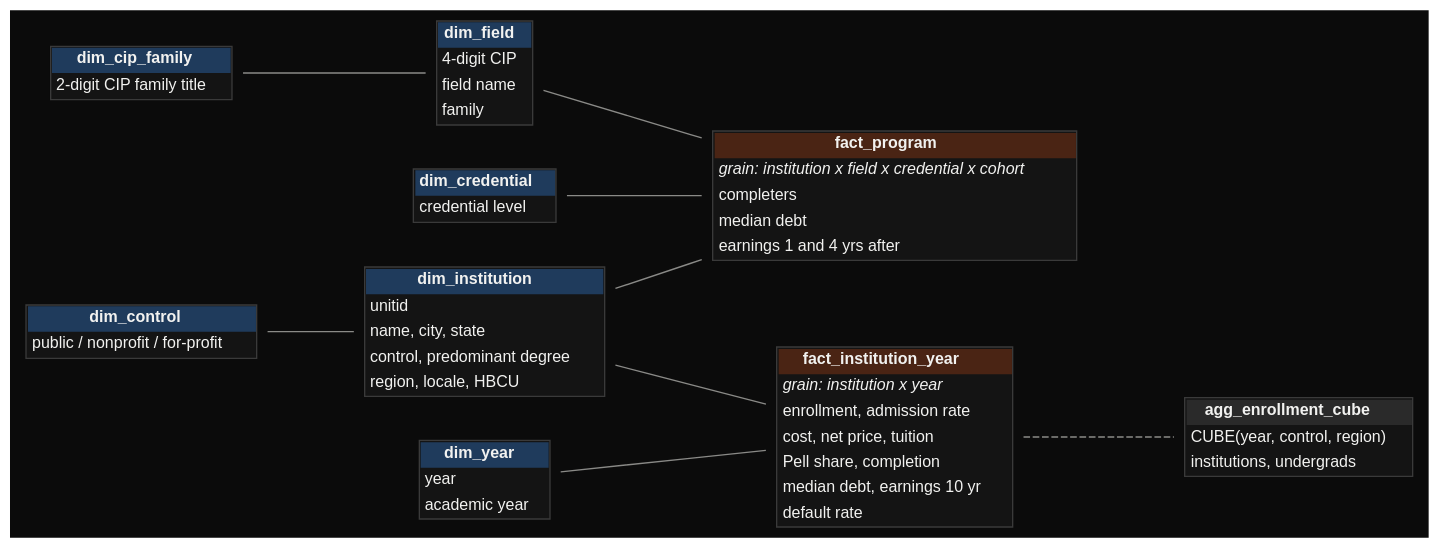
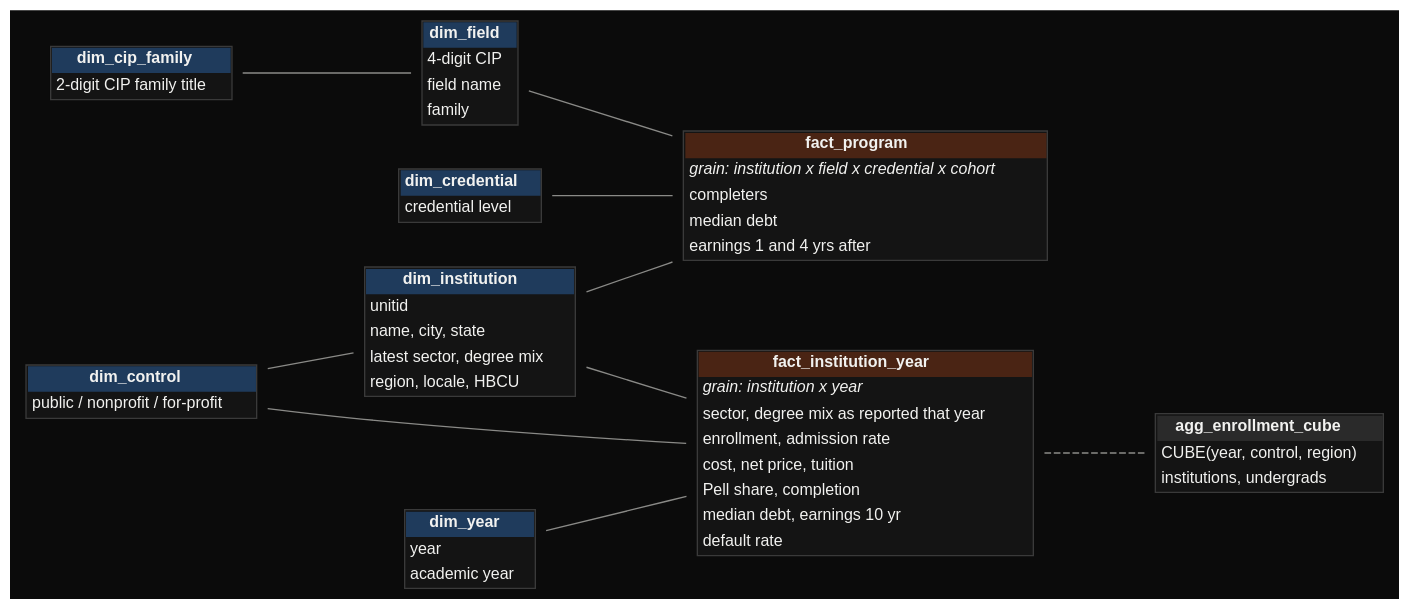
The diagram in charts/schema.dot (mrrishit909/college-scorecard-warehouse), drawn with Graphviz before and after one commit. The commit also changed 16 other files, not shown here.

First line of the commit message:
Step 6: as-was vs as-is: sector as reported each year goes on the fact

```diff
--- a/charts/schema.dot
+++ b/charts/schema.dot
@@ -1,22 +1,23 @@
 digraph G {
   graph [bgcolor="#0b0b0b", rankdir=LR, nodesep=0.35, ranksep=0.9];
   node [shape=plaintext, fontname="Helvetica", fontcolor="#f2f2f0", fontsize=12];
   edge [color="#8a8a87", arrowhead=none];
-  fact_institution_year [label=<<table border="1" cellborder="0" cellspacing="0" cellpadding="3" color="#3a3a3a" bgcolor="#141414"><tr><td bgcolor="#4a2414"><b>fact_institution_year</b></td></tr><tr><td align="left"><i>grain: institution x year</i></td></tr><tr><td align="left">enrollment, admission rate</td></tr><tr><td align="left">cost, net price, tuition</td></tr><tr><td align="left">Pell share, completion</td></tr><tr><td align="left">median debt, earnings 10 yr</td></tr><tr><td align="left">default rate</td></tr></table>>];
+  fact_institution_year [label=<<table border="1" cellborder="0" cellspacing="0" cellpadding="3" color="#3a3a3a" bgcolor="#141414"><tr><td bgcolor="#4a2414"><b>fact_institution_year</b></td></tr><tr><td align="left"><i>grain: institution x year</i></td></tr><tr><td align="left">sector, degree mix as reported that year</td></tr><tr><td align="left">enrollment, admission rate</td></tr><tr><td align="left">cost, net price, tuition</td></tr><tr><td align="left">Pell share, completion</td></tr><tr><td align="left">median debt, earnings 10 yr</td></tr><tr><td align="left">default rate</td></tr></table>>];
   fact_program [label=<<table border="1" cellborder="0" cellspacing="0" cellpadding="3" color="#3a3a3a" bgcolor="#141414"><tr><td bgcolor="#4a2414"><b>fact_program</b></td></tr><tr><td align="left"><i>grain: institution x field x credential x cohort</i></td></tr><tr><td align="left">completers</td></tr><tr><td align="left">median debt</td></tr><tr><td align="left">earnings 1 and 4 yrs after</td></tr></table>>];
-  dim_institution [label=<<table border="1" cellborder="0" cellspacing="0" cellpadding="3" color="#3a3a3a" bgcolor="#141414"><tr><td bgcolor="#1f3b5c"><b>dim_institution</b></td></tr><tr><td align="left">unitid</td></tr><tr><td align="left">name, city, state</td></tr><tr><td align="left">control, predominant degree</td></tr><tr><td align="left">region, locale, HBCU</td></tr></table>>];
+  dim_institution [label=<<table border="1" cellborder="0" cellspacing="0" cellpadding="3" color="#3a3a3a" bgcolor="#141414"><tr><td bgcolor="#1f3b5c"><b>dim_institution</b></td></tr><tr><td align="left">unitid</td></tr><tr><td align="left">name, city, state</td></tr><tr><td align="left">latest sector, degree mix</td></tr><tr><td align="left">region, locale, HBCU</td></tr></table>>];
   dim_year [label=<<table border="1" cellborder="0" cellspacing="0" cellpadding="3" color="#3a3a3a" bgcolor="#141414"><tr><td bgcolor="#1f3b5c"><b>dim_year</b></td></tr><tr><td align="left">year</td></tr><tr><td align="left">academic year</td></tr></table>>];
   dim_control [label=<<table border="1" cellborder="0" cellspacing="0" cellpadding="3" color="#3a3a3a" bgcolor="#141414"><tr><td bgcolor="#1f3b5c"><b>dim_control</b></td></tr><tr><td align="left">public / nonprofit / for-profit</td></tr></table>>];
   dim_field [label=<<table border="1" cellborder="0" cellspacing="0" cellpadding="3" color="#3a3a3a" bgcolor="#141414"><tr><td bgcolor="#1f3b5c"><b>dim_field</b></td></tr><tr><td align="left">4-digit CIP</td></tr><tr><td align="left">field name</td></tr><tr><td align="left">family</td></tr></table>>];
   dim_cip_family [label=<<table border="1" cellborder="0" cellspacing="0" cellpadding="3" color="#3a3a3a" bgcolor="#141414"><tr><td bgcolor="#1f3b5c"><b>dim_cip_family</b></td></tr><tr><td align="left">2-digit CIP family title</td></tr></table>>];
   dim_credential [label=<<table border="1" cellborder="0" cellspacing="0" cellpadding="3" color="#3a3a3a" bgcolor="#141414"><tr><td bgcolor="#1f3b5c"><b>dim_credential</b></td></tr><tr><td align="left">credential level</td></tr></table>>];
   agg_enrollment_cube [label=<<table border="1" cellborder="0" cellspacing="0" cellpadding="3" color="#3a3a3a" bgcolor="#141414"><tr><td bgcolor="#2a2a2a"><b>agg_enrollment_cube</b></td></tr><tr><td align="left">CUBE(year, control, region)</td></tr><tr><td align="left">institutions, undergrads</td></tr></table>>];
   dim_year -> fact_institution_year;
   dim_institution -> fact_institution_year;
   dim_institution -> fact_program;
   dim_control -> dim_institution;
+  dim_control -> fact_institution_year;
   dim_field -> fact_program;
   dim_cip_family -> dim_field;
   dim_credential -> fact_program;
   fact_institution_year -> agg_enrollment_cube [style=dashed];
 }
```
